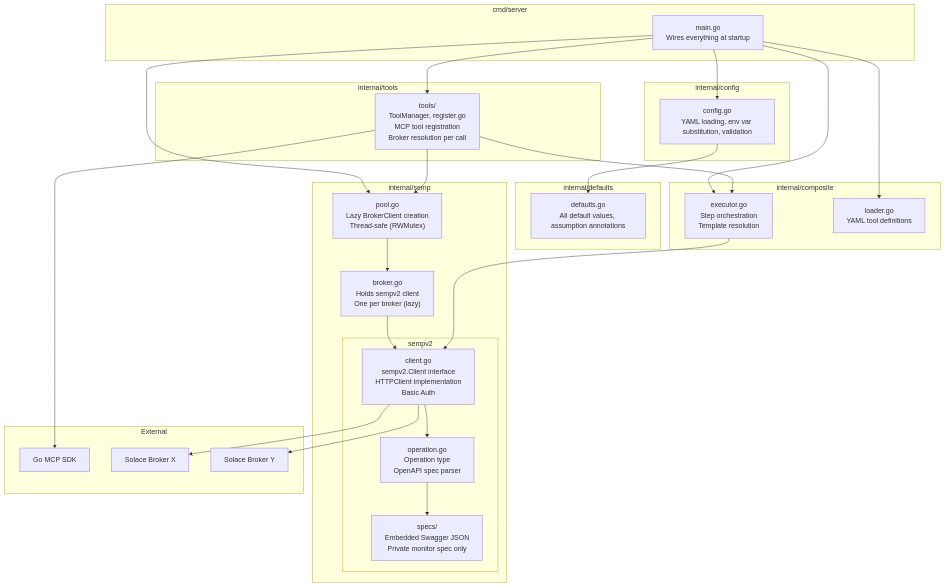
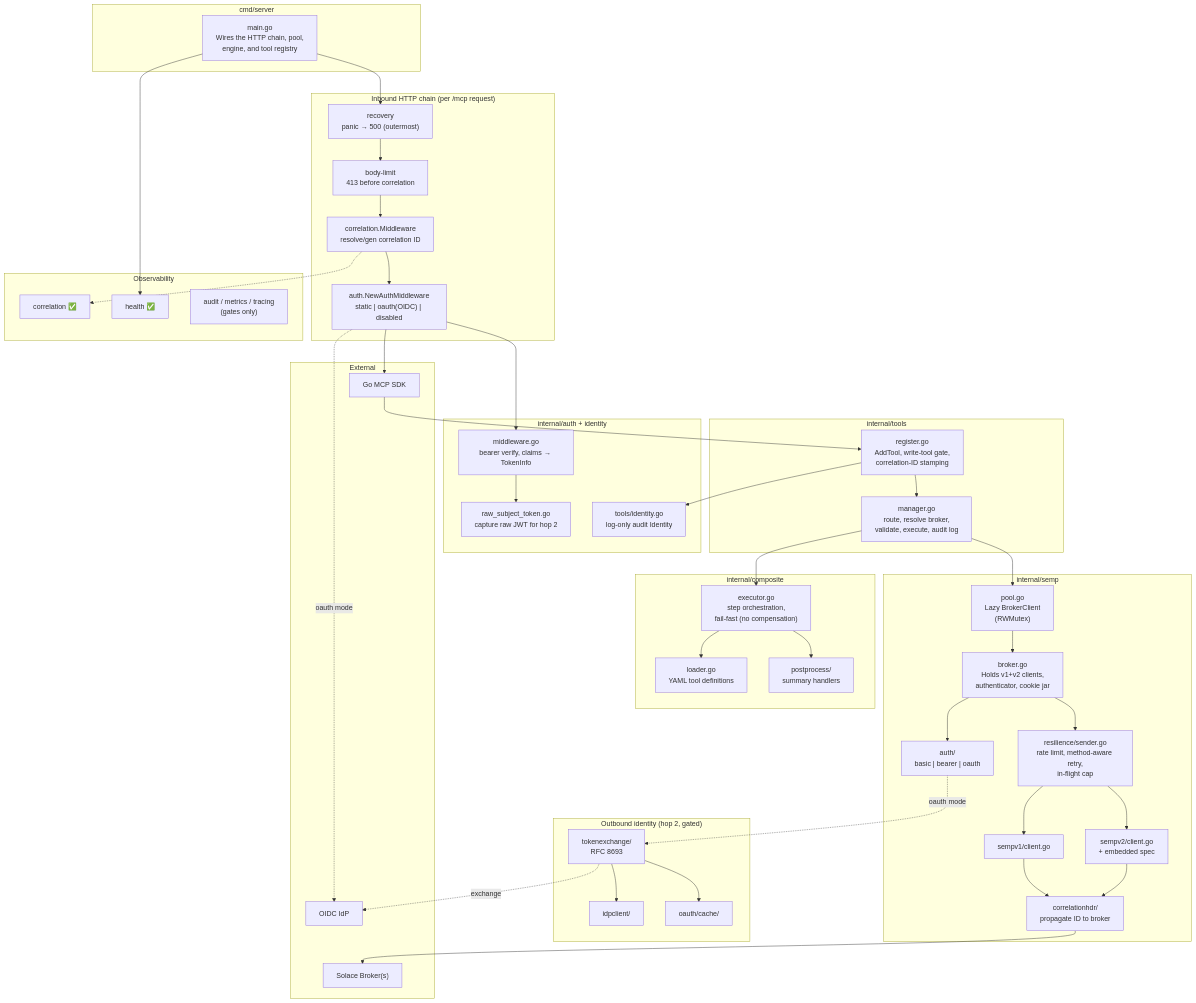
The first of 6 diagrams in docs/internal/architecture.md (SolaceProducts/solace-broker-mcp), drawn with Mermaid before and after one commit. The commit also changed other lines of this file, not shown here.

First line of the commit message:
SOL-150695: Reconcile architecture doc with implemented layers

````diff
--- a/docs/internal/architecture.md
+++ b/docs/internal/architecture.md
@@ -38,58 +70,82 @@
 ```mermaid
 graph TB
     subgraph "cmd/server"
-        MAIN["main.go<br/>Wires everything at startup"]
+        MAIN["main.go<br/>Wires the HTTP chain, pool,<br/>engine, and tool registry"]
     end
 
-    subgraph "internal/config"
-        CONFIG["config.go<br/>YAML loading, env var substitution, validation"]
+    subgraph "Inbound HTTP chain (per /mcp request)"
+        REC["recovery<br/>panic → 500 (outermost)"]
+        LIMIT["body-limit<br/>413 before correlation"]
+        CORR["correlation.Middleware<br/>resolve/gen correlation ID"]
+        AUTHMW["auth.NewAuthMiddleware<br/>static | oauth(OIDC) | disabled"]
     end
 
-    subgraph "internal/defaults"
-        DEFAULTS["defaults.go<br/>All default values, assumption annotations"]
+    subgraph "internal/auth + identity"
+        VERIFY["middleware.go<br/>bearer verify, claims → TokenInfo"]
+        RAWTOK["raw_subject_token.go<br/>capture raw JWT for hop 2"]
+        IDENT["tools/identity.go<br/>log-only audit Identity"]
+    end
+
+    subgraph "internal/tools"
+        REG["register.go<br/>AddTool, write-tool gate,<br/>correlation-ID stamping"]
+        MGR["manager.go<br/>route, resolve broker,<br/>validate, execute, audit log"]
+    end
+
+    subgraph "internal/composite"
+        EXEC["executor.go<br/>step orchestration,<br/>fail-fast (no compensation)"]
+        LOADER["loader.go<br/>YAML tool definitions"]
+        PP["postprocess/<br/>summary handlers"]
     end
 
     subgraph "internal/semp"
-        POOL["pool.go<br/>Lazy BrokerClient creation<br/>Thread-safe (RWMutex)"]
-        BROKER["broker.go<br/>Holds sempv2 client<br/>One per broker (lazy)"]
-
-        subgraph "sempv2"
-            CLIENT["client.go<br/>sempv2.Client interface<br/>HTTPClient implementation<br/>Basic Auth"]
-            OPERATION["operation.go<br/>Operation type<br/>OpenAPI spec parser"]
-            SPECS["specs/<br/>Embedded Swagger JSON<br/>Private monitor spec only"]
-        end
+        POOL["pool.go<br/>Lazy BrokerClient<br/>(RWMutex)"]
+        BROKER["broker.go<br/>Holds v1+v2 clients,<br/>authenticator, cookie jar"]
+        SENDER["resilience/sender.go<br/>rate limit, method-aware retry,<br/>in-flight cap"]
+        SAUTH["auth/<br/>basic | bearer | oauth"]
+        V1["sempv1/client.go"]
+        V2["sempv2/client.go<br/>+ embedded spec"]
+        CHDR["correlationhdr/<br/>propagate ID to broker"]
     end
 
-    subgraph "internal/composite"
-        EXECUTOR["executor.go<br/>Step orchestration<br/>Template resolution"]
-        LOADER["loader.go<br/>YAML tool definitions"]
+    subgraph "Outbound identity (hop 2, gated)"
+        TX["tokenexchange/<br/>RFC 8693"]
+        IDP["idpclient/"]
+        TCACHE["oauth/cache/"]
     end
 
-    subgraph "internal/tools"
-        REGISTRY["tools/<br/>ToolManager, register.go<br/>MCP tool registration<br/>Broker resolution per call"]
+    subgraph "Observability"
+        OCORR["correlation ✅"]
+        OHEALTH["health ✅"]
+        OGATE["audit / metrics / tracing<br/>(gates only)"]
     end
 
     subgraph "External"
         MCP_SDK["Go MCP SDK"]
-        BROKER_X["Solace Broker X"]
-        BROKER_Y["Solace Broker Y"]
+        IDPX["OIDC IdP"]
+        BROKER_X["Solace Broker(s)"]
     end
 
-    MAIN --> CONFIG
-    MAIN --> POOL
-    MAIN --> LOADER
-    MAIN --> EXECUTOR
-    MAIN --> REGISTRY
-    CONFIG --> DEFAULTS
+    MAIN --> REC --> LIMIT --> CORR --> AUTHMW --> MCP_SDK
+    AUTHMW --> VERIFY --> RAWTOK
+    AUTHMW -. oauth mode .-> IDPX
+    MCP_SDK --> REG --> MGR
+    REG --> IDENT
+    MGR --> POOL
+    MGR --> EXEC
+    EXEC --> LOADER
+    EXEC --> PP
     POOL --> BROKER
-    BROKER --> CLIENT
-    CLIENT --> OPERATION
-    OPERATION --> SPECS
-    REGISTRY --> MCP_SDK
-    REGISTRY --> POOL
-    REGISTRY --> EXECUTOR
-    EXECUTOR --> CLIENT
-    CLIENT --> BROKER_X
-    CLIENT --> BROKER_Y
-
+    BROKER --> SENDER
+    BROKER --> SAUTH
+    SENDER --> V1
+    SENDER --> V2
+    V1 --> CHDR
+    V2 --> CHDR
+    SAUTH -. oauth mode .-> TX
+    TX --> IDP
+    TX --> TCACHE
+    TX -. exchange .-> IDPX
+    CHDR --> BROKER_X
+    CORR -.-> OCORR
+    MAIN --> OHEALTH
 ```
````
